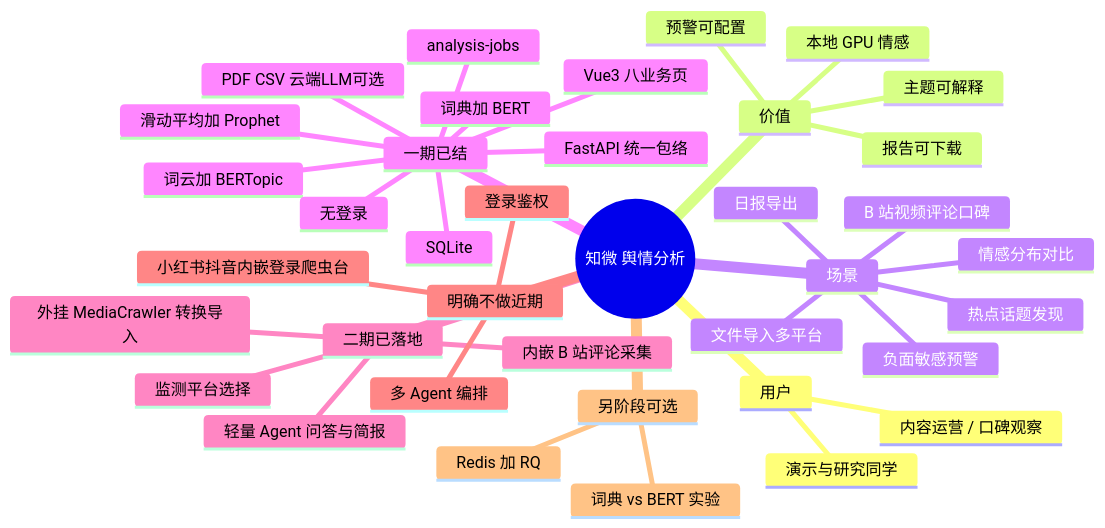
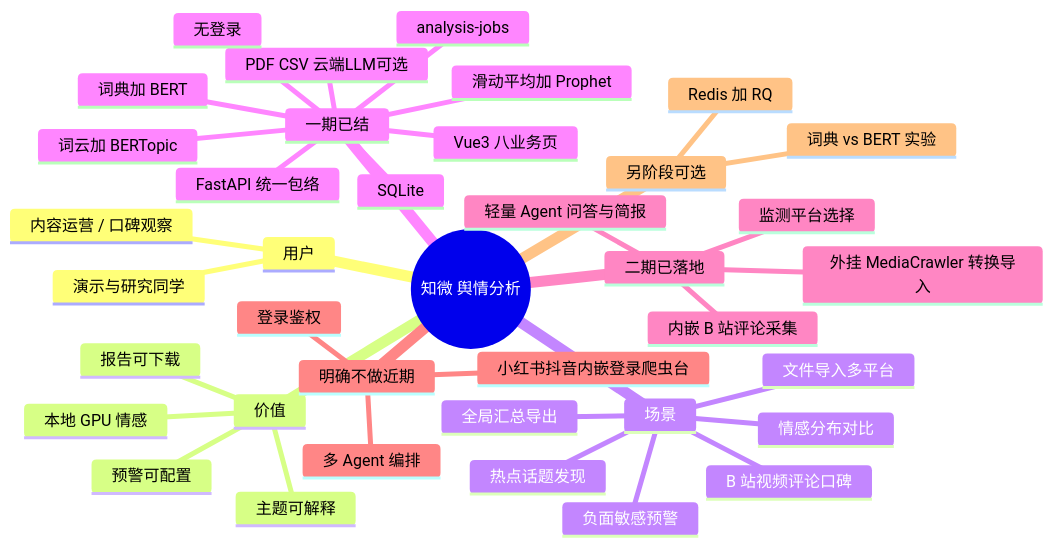
Before and after one commit to LinJJ12/yuqing: the seventh of 13 diagrams in docs/diagrams.md, drawn with Mermaid. The commit also changed 138 other files, not shown here.

````diff
--- a/docs/diagrams.md
+++ b/docs/diagrams.md
@@ -123,41 +123,41 @@
 ```mermaid
 mindmap
   root((知微 舆情分析))
     用户
       演示与研究同学
       内容运营 / 口碑观察
     价值
       本地 GPU 情感
       主题可解释
       预警可配置
       报告可下载
     场景
       B 站视频评论口碑
       文件导入多平台
       情感分布对比
       热点话题发现
       负面敏感预警
-      日报导出
+      全局汇总导出
     一期已结
       Vue3 八业务页
       FastAPI 统一包络
       SQLite
       词典加 BERT
       词云加 BERTopic
       滑动平均加 Prophet
       analysis-jobs
       PDF CSV 云端LLM可选
       无登录
     二期已落地
       外挂 MediaCrawler 转换导入
       内嵌 B 站评论采集
       监测平台选择
       轻量 Agent 问答与简报
     明确不做近期
       登录鉴权
       多 Agent 编排
       小红书抖音内嵌登录爬虫台
     另阶段可选
       词典 vs BERT 实验
       Redis 加 RQ
 ```
````
